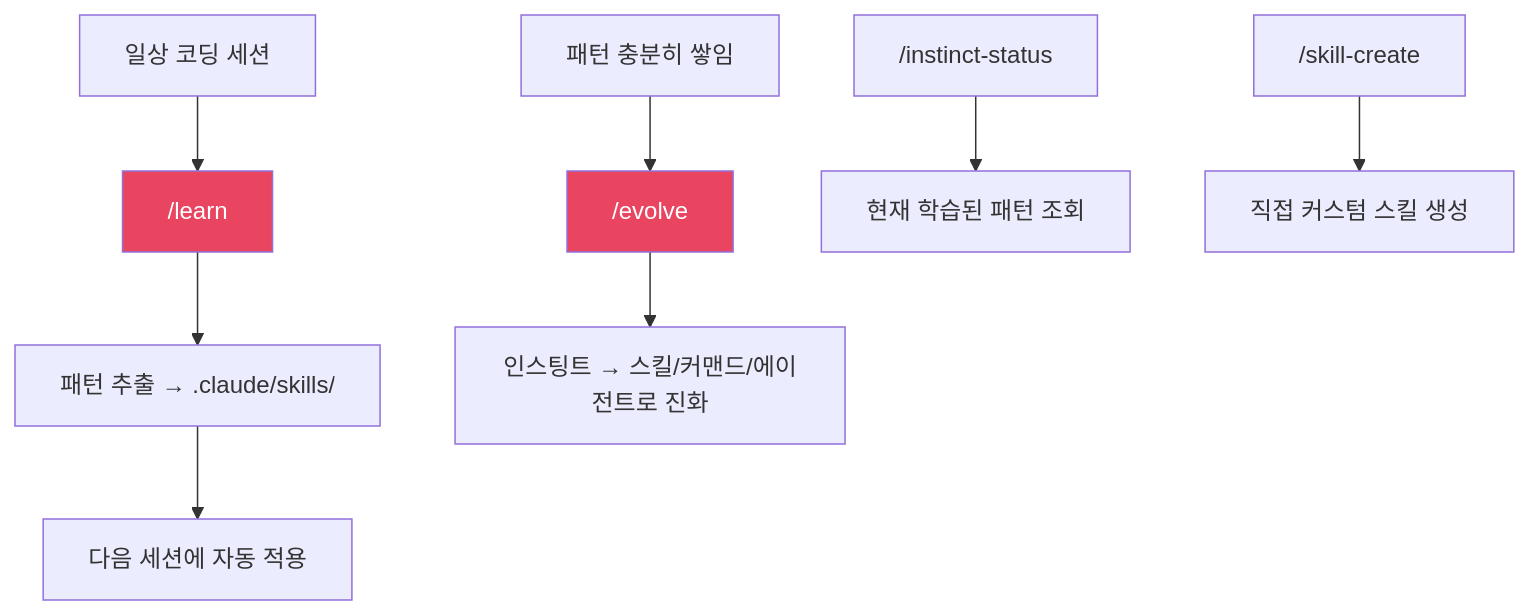
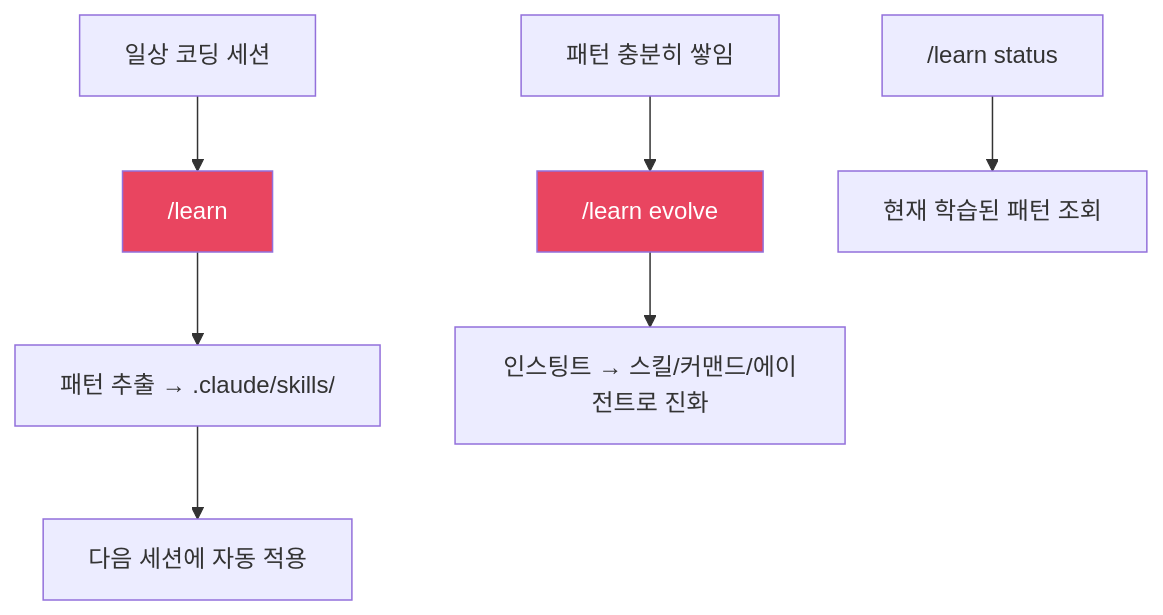
The sixth of 8 diagrams in docs/react-next-guide.md (wooinwoo/claude-code), drawn with Mermaid before and after one commit. The commit also changed other lines of this file and 47 other files, not shown here.

````diff
--- a/docs/react-next-guide.md
+++ b/docs/react-next-guide.md
@@ -287,15 +170,14 @@
 ```mermaid
 flowchart TD
     A["일상 코딩 세션"] --> B["/learn"]
     B --> C["패턴 추출 → .claude/skills/"]
     C --> D["다음 세션에 자동 적용"]
 
-    E["패턴 충분히 쌓임"] --> F["/evolve"]
+    E["패턴 충분히 쌓임"] --> F["/learn evolve"]
     F --> G["인스팅트 → 스킬/커맨드/에이전트로 진화"]
 
-    H["/instinct-status"] --> I["현재 학습된 패턴 조회"]
-    J["/skill-create"] --> K["직접 커스텀 스킬 생성"]
+    H["/learn status"] --> I["현재 학습된 패턴 조회"]
 
     style B fill:#e94560,color:#fff
     style F fill:#e94560,color:#fff
 ```
````
